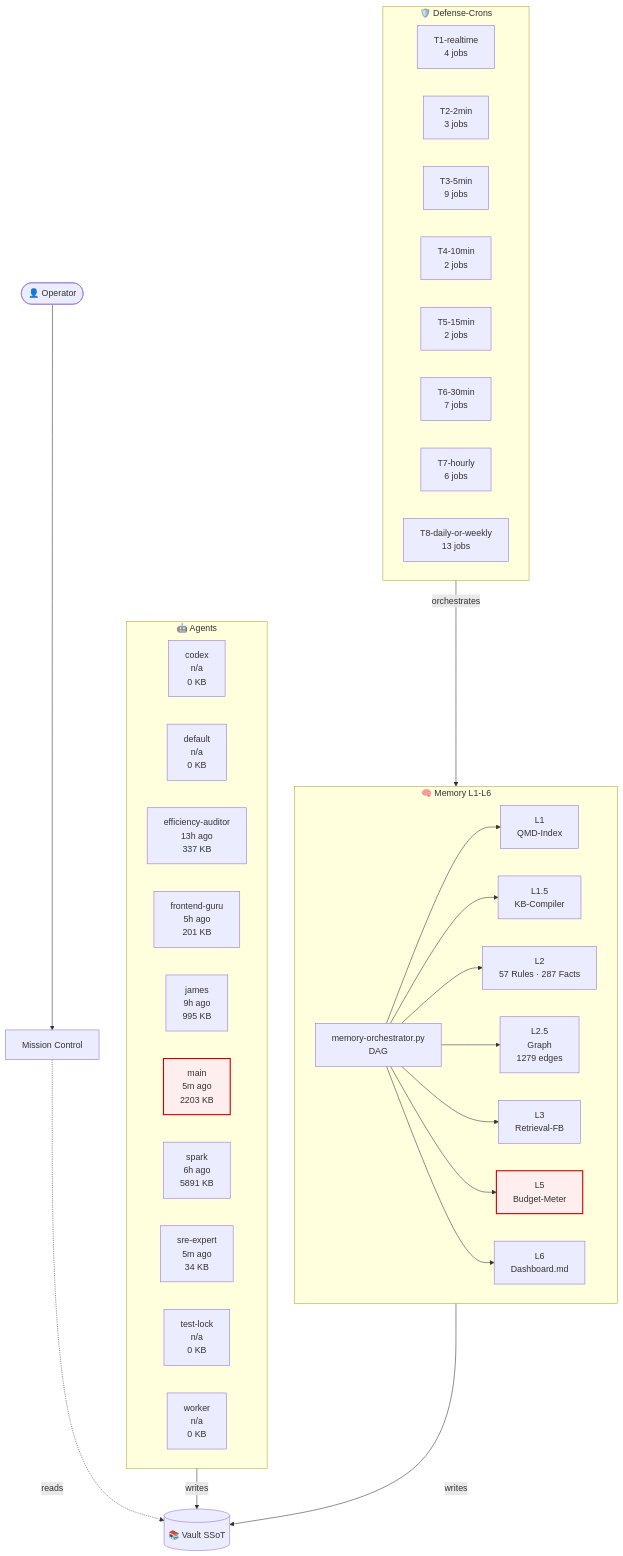
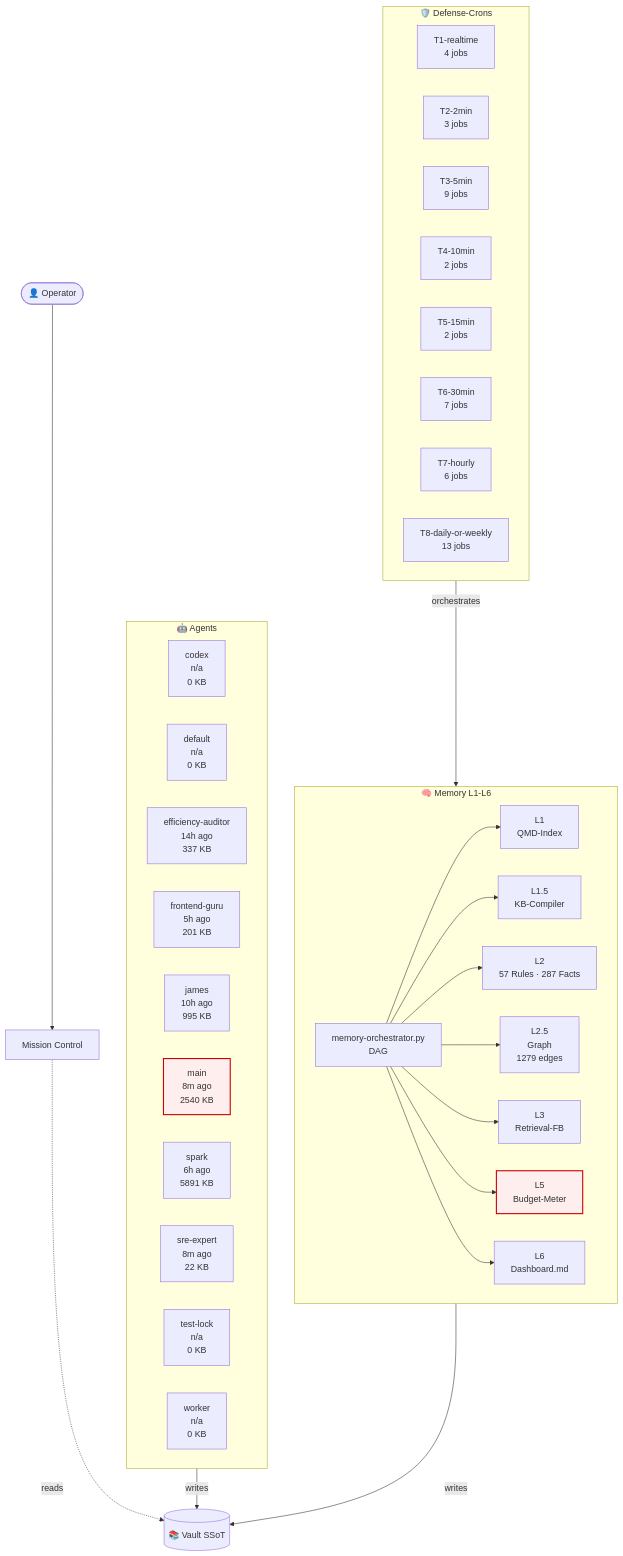
Before and after one commit to lenardhuebner88-rgb/openclaw-memory: the diagram in 03-Agents/architecture-live.md, drawn with Mermaid. The commit also changed other lines of this file and 1 other file, not shown here.

````diff
--- a/03-Agents/architecture-live.md
+++ b/03-Agents/architecture-live.md
@@ -18,53 +18,53 @@
 ```mermaid
 flowchart TB
     classDef critical fill:#fee,stroke:#c00,stroke-width:2px;
     subgraph AGT["🤖 Agents"]
         agent_codex["codex<br/>n/a<br/>0 KB"]
         agent_default["default<br/>n/a<br/>0 KB"]
-        agent_efficiency_auditor["efficiency-auditor<br/>13h ago<br/>337 KB"]
+        agent_efficiency_auditor["efficiency-auditor<br/>14h ago<br/>337 KB"]
         agent_frontend_guru["frontend-guru<br/>5h ago<br/>201 KB"]
-        agent_james["james<br/>9h ago<br/>995 KB"]
-        agent_main["main<br/>5m ago<br/>2203 KB"]
+        agent_james["james<br/>10h ago<br/>995 KB"]
+        agent_main["main<br/>8m ago<br/>2540 KB"]
         agent_spark["spark<br/>6h ago<br/>5891 KB"]
-        agent_sre_expert["sre-expert<br/>5m ago<br/>34 KB"]
+        agent_sre_expert["sre-expert<br/>8m ago<br/>22 KB"]
         agent_test_lock["test-lock<br/>n/a<br/>0 KB"]
         agent_worker["worker<br/>n/a<br/>0 KB"]
     end
     subgraph MEM["🧠 Memory L1-L6"]
         L1["L1<br/>QMD-Index"]
         L15["L1.5<br/>KB-Compiler"]
         L2["L2<br/>57 Rules · 287 Facts"]
         L25["L2.5<br/>Graph<br/>1279 edges"]
         L3["L3<br/>Retrieval-FB"]
         L5["L5<br/>Budget-Meter"]
         L6["L6<br/>Dashboard.md"]
         ORCH["memory-orchestrator.py<br/>DAG"]
     end
     subgraph CRN["🛡️ Defense-Crons"]
         tier_T1_realtime["T1-realtime<br/>4 jobs"]
         tier_T2_2min["T2-2min<br/>3 jobs"]
         tier_T3_5min["T3-5min<br/>9 jobs"]
         tier_T4_10min["T4-10min<br/>2 jobs"]
         tier_T5_15min["T5-15min<br/>2 jobs"]
         tier_T6_30min["T6-30min<br/>7 jobs"]
         tier_T7_hourly["T7-hourly<br/>6 jobs"]
         tier_T8_daily_or_weekly["T8-daily-or-weekly<br/>13 jobs"]
     end
     VAULT[("📚 Vault SSoT")]
     OP([👤 Operator])
     MC["Mission Control"]
     OP --> MC
     MC -.reads.-> VAULT
     AGT -->|writes| VAULT
     MEM -->|writes| VAULT
     ORCH --> L1
     ORCH --> L15
     ORCH --> L2
     ORCH --> L25
     ORCH --> L3
     ORCH --> L5
     ORCH --> L6
     CRN -->|orchestrates| MEM
     class L5 critical
     class agent_main critical
 ```
````
